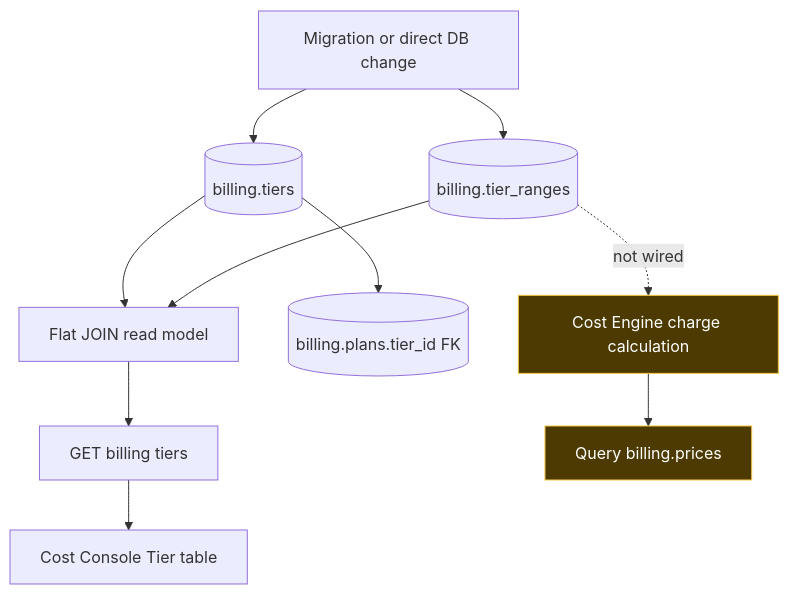
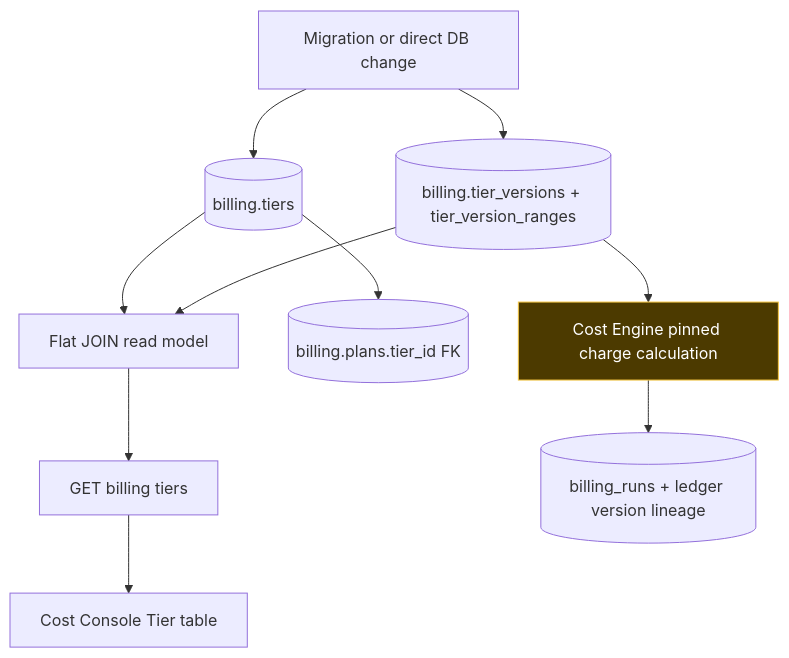
Before and after one commit to phucle996/aurora: the second of 16 diagrams in god_view/billing/tier_catalog_god_view.md, drawn with Mermaid. The commit also changed other lines of this file and 71 other files, not shown here.

Commit message:
feat: implement pricing outbox relay, redesign billing schema, and integrate engine runtime services

````diff
--- a/god_view/billing/tier_catalog_god_view.md
+++ b/god_view/billing/tier_catalog_god_view.md
@@ -95,16 +98,16 @@
 ```mermaid
 flowchart TD
     M[Migration or direct DB change] --> T[(billing.tiers)]
-    M --> TR[(billing.tier_ranges)]
+    M --> TR[(billing.tier_versions + tier_version_ranges)]
     T --> J[Flat JOIN read model]
     TR --> J
     J --> API[GET billing tiers]
     API --> TABLE[Cost Console Tier table]
     T --> PLAN[(billing.plans.tier_id FK)]
 
-    TR -. not wired .-> CE[Cost Engine charge calculation]
-    CE --> BP[Query billing.prices]
+    TR --> CE[Cost Engine pinned charge calculation]
+    CE --> BR[(billing_runs + ledger version lineage)]
 
     classDef warn fill:#4c3a00,stroke:#f5c542,color:#fff;
     class CE,BP warn;
 ```
````
